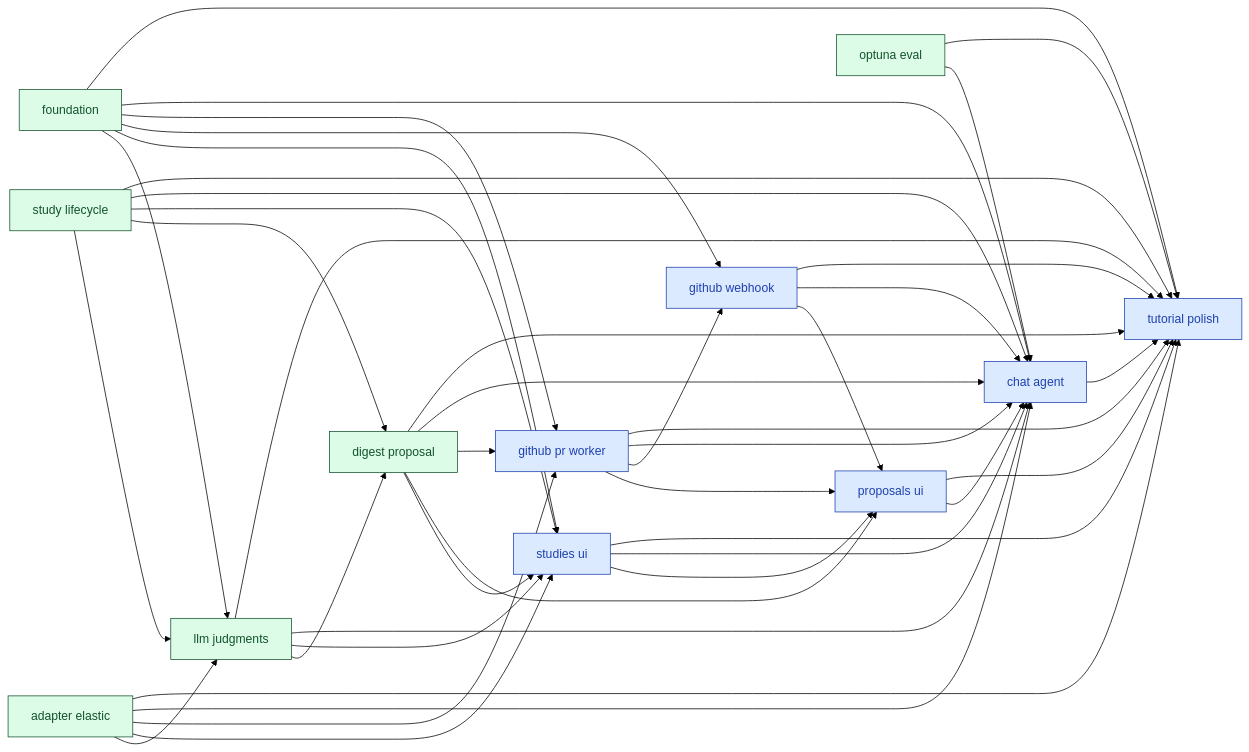
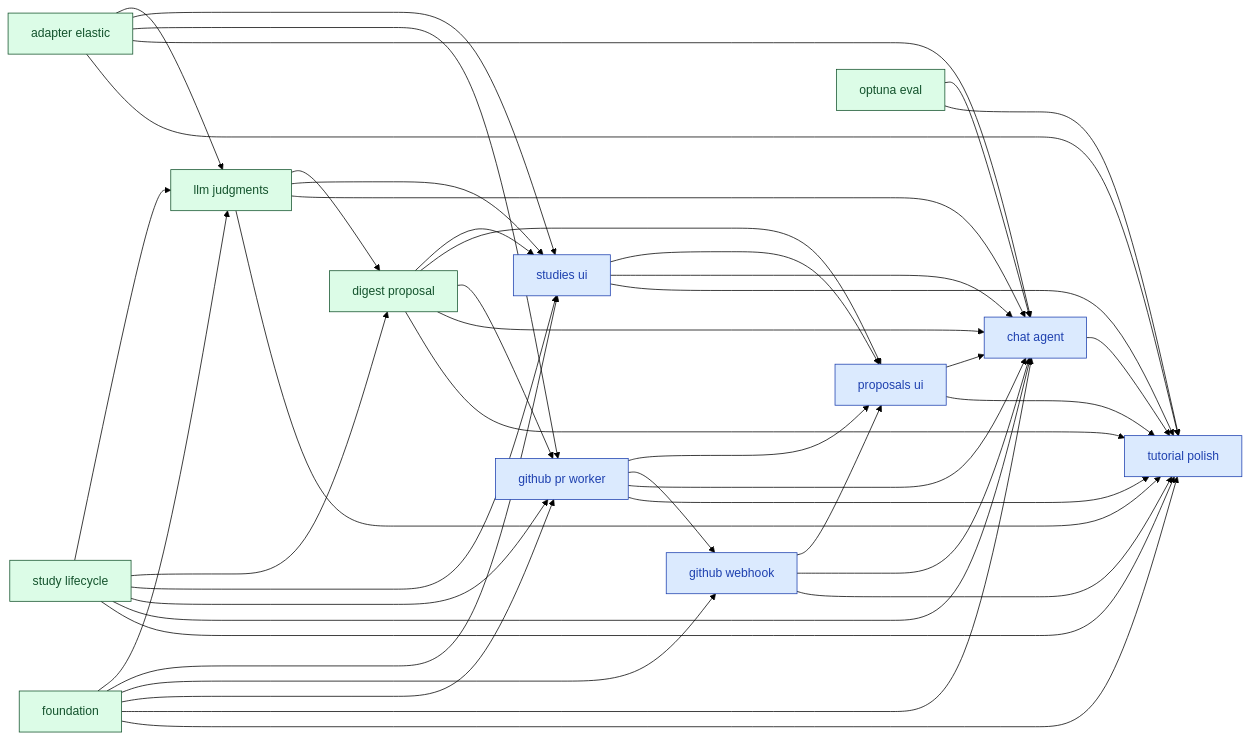
Before and after one commit to SoundMindsAI/relyloop: the diagram in docs/00_overview/MVP1_DASHBOARD.md, drawn with Mermaid (forest theme). The commit also changed other lines of this file and 4 other files, not shown here.

````diff
--- a/docs/00_overview/MVP1_DASHBOARD.md
+++ b/docs/00_overview/MVP1_DASHBOARD.md
@@ -82,72 +83,73 @@
 ```mermaid
 graph LR
   classDef done fill:#dcfce7,stroke:#14532d,color:#14532d;
   classDef implement fill:#ffedd5,stroke:#9a3412,color:#9a3412;
   classDef plan fill:#fef9c3,stroke:#854d0e,color:#854d0e;
   classDef spec fill:#dbeafe,stroke:#1e40af,color:#1e40af;
   classDef idea fill:#f1f5f9,stroke:#334155,color:#334155;
   chore_tutorial_polish["tutorial polish"]
   class chore_tutorial_polish spec;
   feat_chat_agent["chat agent"]
   class feat_chat_agent spec;
   feat_github_pr_worker["github pr worker"]
   class feat_github_pr_worker spec;
   feat_github_webhook["github webhook"]
   class feat_github_webhook spec;
   feat_proposals_ui["proposals ui"]
   class feat_proposals_ui spec;
   feat_studies_ui["studies ui"]
   class feat_studies_ui spec;
   infra_foundation["foundation"]
   class infra_foundation done;
   feat_study_lifecycle["study lifecycle"]
   class feat_study_lifecycle done;
   infra_adapter_elastic["adapter elastic"]
   class infra_adapter_elastic done;
   infra_optuna_eval["optuna eval"]
   class infra_optuna_eval done;
   feat_digest_proposal["digest proposal"]
   class feat_digest_proposal done;
   feat_llm_judgments["llm judgments"]
   class feat_llm_judgments done;
   feat_chat_agent --> chore_tutorial_polish
   feat_digest_proposal --> chore_tutorial_polish
   feat_github_pr_worker --> chore_tutorial_polish
   feat_github_webhook --> chore_tutorial_polish
   feat_llm_judgments --> chore_tutorial_polish
   feat_proposals_ui --> chore_tutorial_polish
   feat_studies_ui --> chore_tutorial_polish
   feat_study_lifecycle --> chore_tutorial_polish
   infra_adapter_elastic --> chore_tutorial_polish
   infra_foundation --> chore_tutorial_polish
   infra_optuna_eval --> chore_tutorial_polish
   feat_digest_proposal --> feat_chat_agent
   feat_github_pr_worker --> feat_chat_agent
   feat_github_webhook --> feat_chat_agent
   feat_llm_judgments --> feat_chat_agent
   feat_proposals_ui --> feat_chat_agent
   feat_studies_ui --> feat_chat_agent
   feat_study_lifecycle --> feat_chat_agent
   infra_adapter_elastic --> feat_chat_agent
   infra_foundation --> feat_chat_agent
   infra_optuna_eval --> feat_chat_agent
   infra_foundation --> feat_github_pr_worker
   infra_adapter_elastic --> feat_github_pr_worker
+  feat_study_lifecycle --> feat_github_pr_worker
   feat_digest_proposal --> feat_github_pr_worker
   infra_foundation --> feat_github_webhook
   feat_github_pr_worker --> feat_github_webhook
   feat_studies_ui --> feat_proposals_ui
   feat_digest_proposal --> feat_proposals_ui
   feat_github_pr_worker --> feat_proposals_ui
   feat_github_webhook --> feat_proposals_ui
   infra_foundation --> feat_studies_ui
   feat_study_lifecycle --> feat_studies_ui
   feat_digest_proposal --> feat_studies_ui
   feat_llm_judgments --> feat_studies_ui
   infra_adapter_elastic --> feat_studies_ui
   feat_study_lifecycle --> feat_digest_proposal
   feat_llm_judgments --> feat_digest_proposal
   infra_foundation --> feat_llm_judgments
   infra_adapter_elastic --> feat_llm_judgments
   feat_study_lifecycle --> feat_llm_judgments
 ```
````
